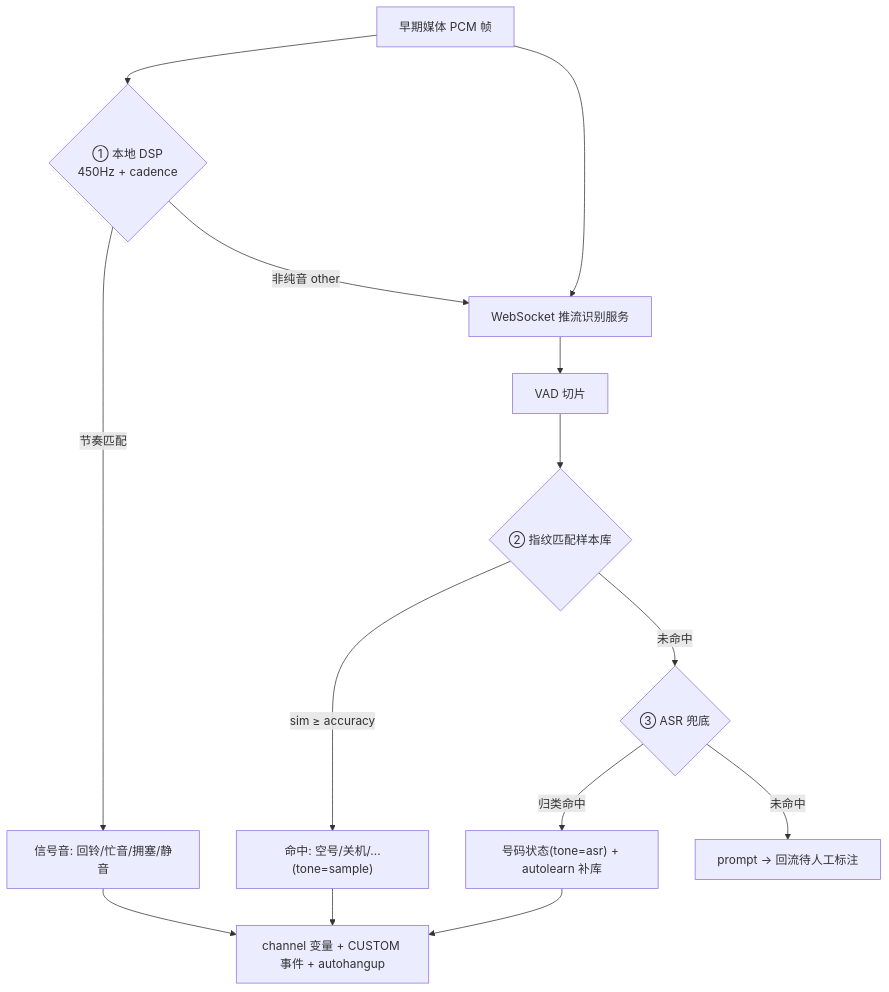
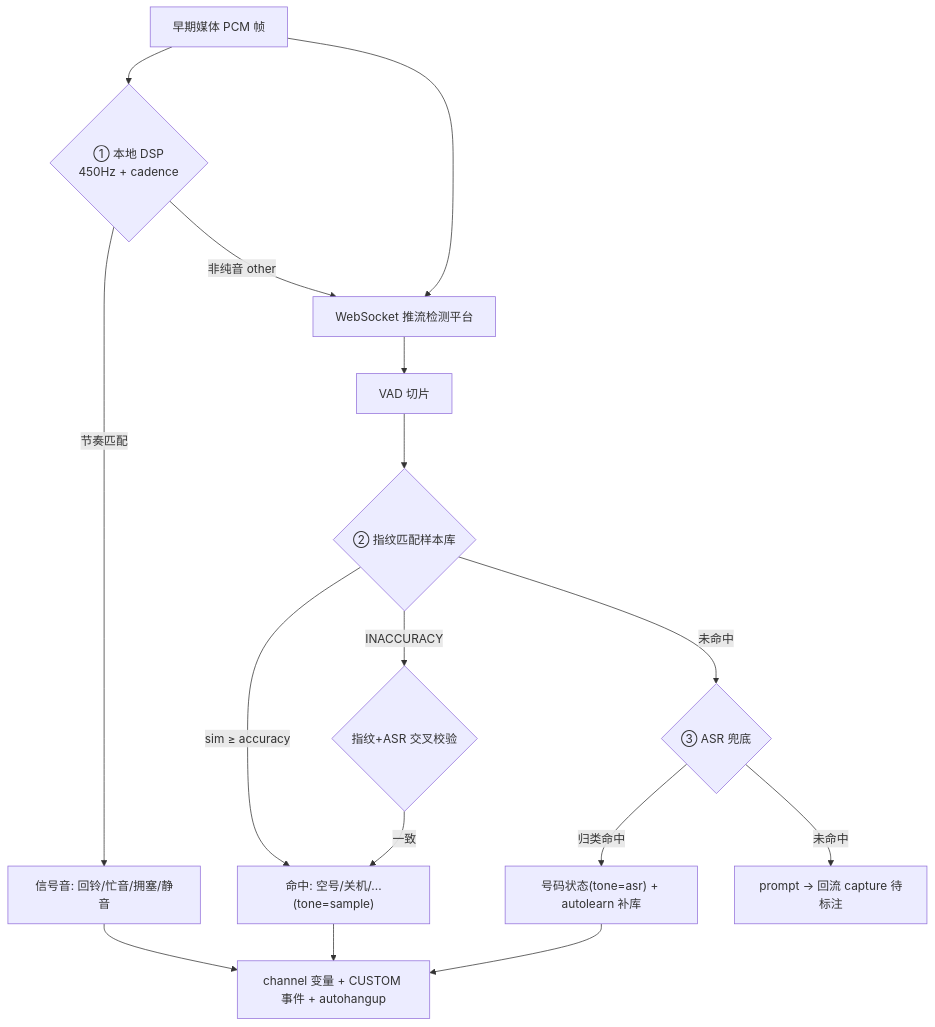
Before and after one commit to lixuanqun/mod_ring_asr: the fifth of 8 diagrams in docs/回铃音检测-技术方案沟通.md, drawn with Mermaid. The commit also changed other lines of this file, not shown here.

Commit message:
docs: 回铃音检测方案改为工程实现版, 补充架构图与三场景时序图

````diff
--- a/docs/回铃音检测-技术方案沟通.md
+++ b/docs/回铃音检测-技术方案沟通.md
@@ -155,16 +241,18 @@
 ```mermaid
 flowchart TD
   A["早期媒体 PCM 帧"] --> B{"① 本地 DSP<br/>450Hz + cadence"}
   B -->|节奏匹配| C["信号音: 回铃/忙音/拥塞/静音"]
-  B -->|非纯音 other| E["WebSocket 推流识别服务"]
+  B -->|非纯音 other| E["WebSocket 推流检测平台"]
   A --> E
   E --> F["VAD 切片"]
   F --> G{"② 指纹匹配样本库"}
   G -->|"sim ≥ accuracy"| H["命中: 空号/关机/...(tone=sample)"]
+  G -->|"INACCURACY"| X{"指纹+ASR 交叉校验"}
   G -->|未命中| I{"③ ASR 兜底"}
+  X -->|一致| H
   I -->|归类命中| K["号码状态(tone=asr) + autolearn 补库"]
-  I -->|未命中| L["prompt → 回流待人工标注"]
+  I -->|未命中| L["prompt → 回流 capture 待标注"]
   C --> M["channel 变量 + CUSTOM 事件 + autohangup"]
   H --> M
   K --> M
 ```
````
